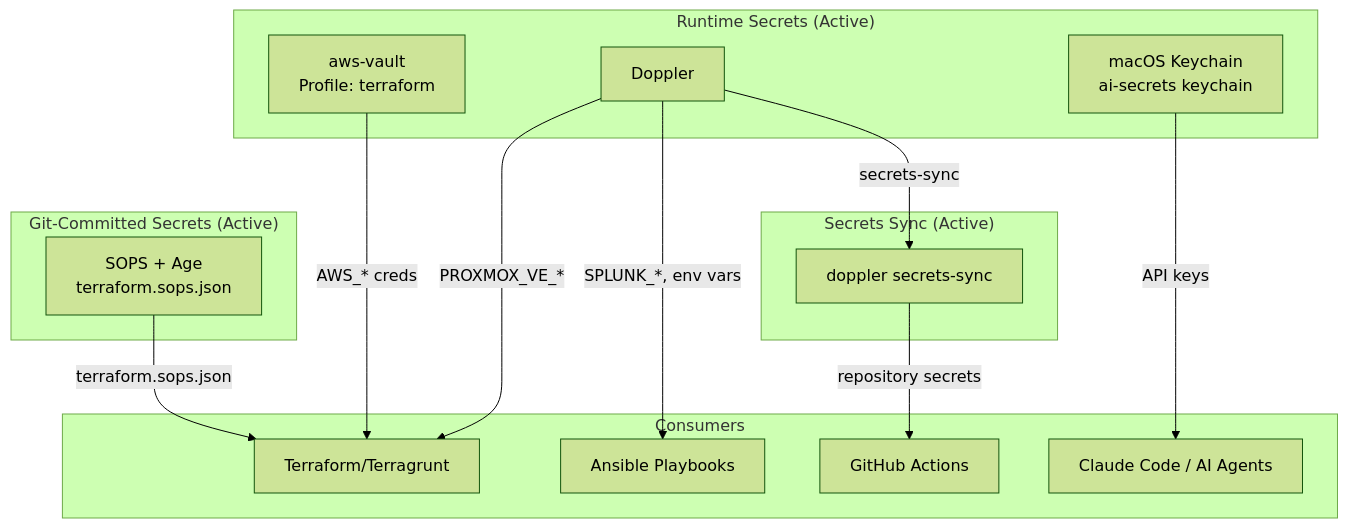
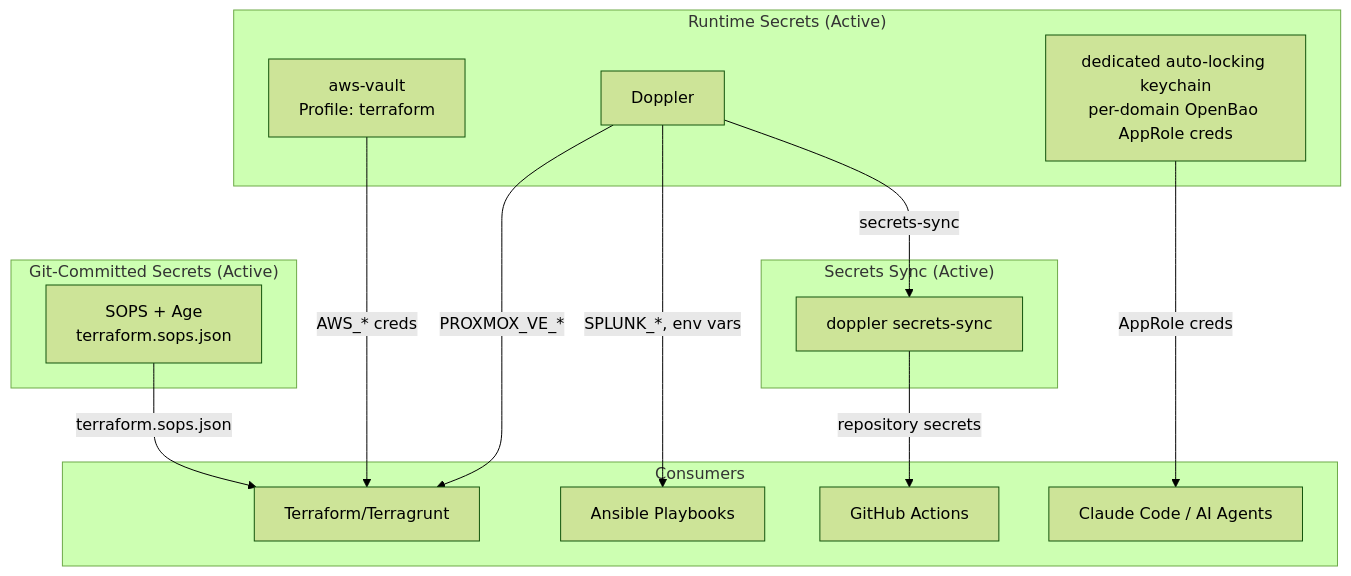
The third of 3 diagrams in docs/ARCHITECTURE.md (dryvist/terraform-proxmox), drawn with Mermaid (forest theme) before and after one commit. The commit also changed 2 other files, not shown here.

First paragraph of the commit message:
docs(secrets): reconcile OpenBao RBAC + keychain secret-zero + snapshots (#541)
Brings the canonical secrets docs in line with the OpenBao autonomous-
secrets design:

````diff
--- a/docs/ARCHITECTURE.md
+++ b/docs/ARCHITECTURE.md
@@ -107,31 +107,31 @@
 ```mermaid
 flowchart TD
     subgraph Runtime["Runtime Secrets (Active)"]
         DOP[Doppler]
         AV[aws-vault<br/>Profile: terraform]
-        KC[macOS Keychain<br/>ai-secrets keychain]
+        KC[dedicated auto-locking keychain<br/>per-domain OpenBao AppRole creds]
     end
 
     subgraph Sync["Secrets Sync (Active)"]
         DS[doppler secrets-sync]
     end
 
     subgraph GitCommitted["Git-Committed Secrets (Active)"]
         SOPS[SOPS + Age<br/>terraform.sops.json]
     end
 
     subgraph Consumers["Consumers"]
         TF[Terraform/Terragrunt]
         ANS[Ansible Playbooks]
         GHA[GitHub Actions]
         AI[Claude Code / AI Agents]
     end
 
     DOP -->|PROXMOX_VE_*| TF
     DOP -->|SPLUNK_*, env vars| ANS
     DOP -->|secrets-sync| DS
     DS -->|repository secrets| GHA
     AV -->|AWS_* creds| TF
-    KC -->|API keys| AI
+    KC -->|AppRole creds| AI
     SOPS -->|terraform.sops.json| TF
 ```
````
